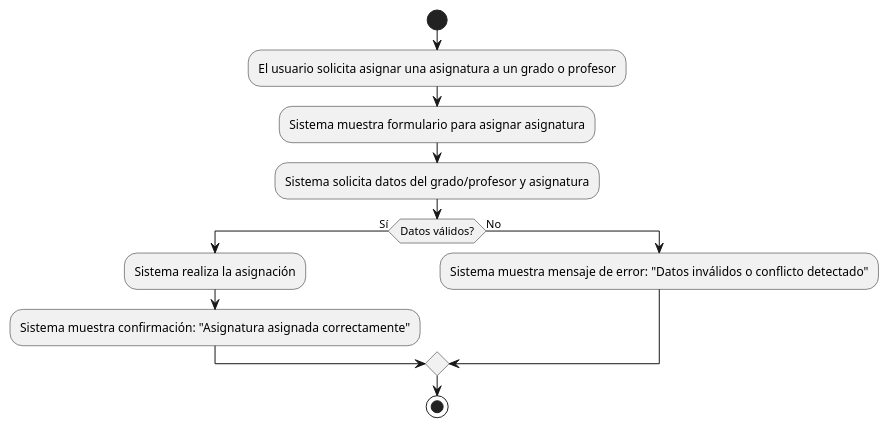
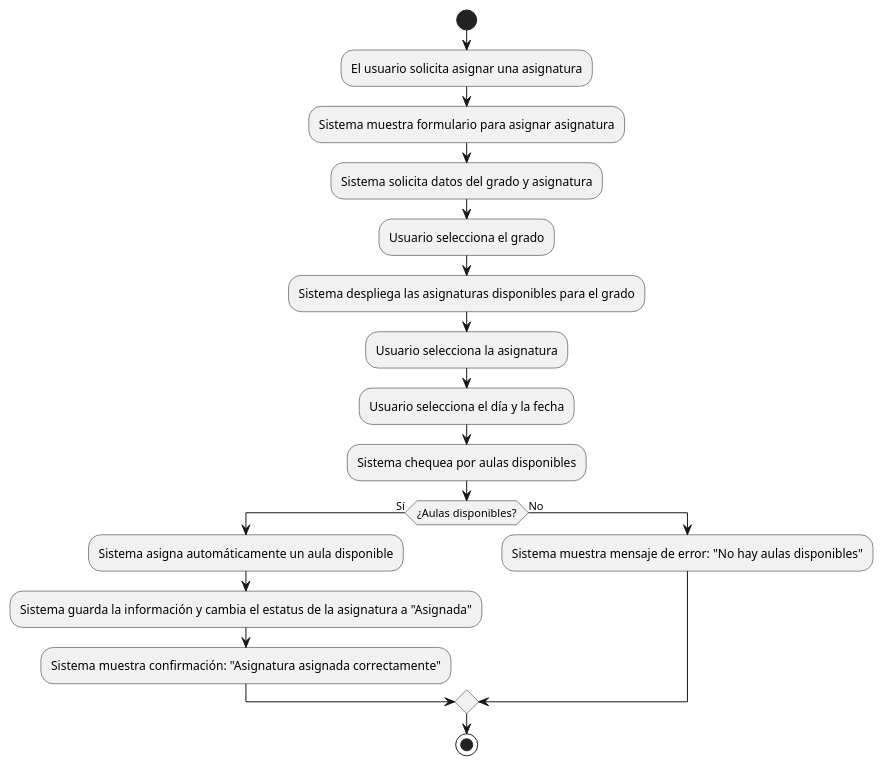
One commit to mmasias/24-25-IdSw1-SDR changed the diagram in casosDeUso/plantUML/AsignarAsignatura.puml. Above: the diagram before and after it, drawn with PlantUML. The commit also changed 15 other files, not shown here.

Commit message:
Mejore los casos de uso y diagramas

```diff
--- a/casosDeUso/plantUML/AsignarAsignatura.puml
+++ b/casosDeUso/plantUML/AsignarAsignatura.puml
@@ -1,13 +1,20 @@
 @startuml
 start
-:El usuario solicita asignar una asignatura a un grado o profesor;
+:El usuario solicita asignar una asignatura;
 :Sistema muestra formulario para asignar asignatura;
-:Sistema solicita datos del grado/profesor y asignatura;
-if (Datos válidos?) then (Sí)
-  :Sistema realiza la asignación;
+:Sistema solicita datos del grado y asignatura;
+:Usuario selecciona el grado;
+:Sistema despliega las asignaturas disponibles para el grado;
+:Usuario selecciona la asignatura;
+:Usuario selecciona el día y la fecha;
+:Sistema chequea por aulas disponibles;
+if (¿Aulas disponibles?) then (Sí)
+  :Sistema asigna automáticamente un aula disponible;
+  :Sistema guarda la información y cambia el estatus de la asignatura a "Asignada";
+  
   :Sistema muestra confirmación: "Asignatura asignada correctamente";
 else (No)
-  :Sistema muestra mensaje de error: "Datos inválidos o conflicto detectado";
+  :Sistema muestra mensaje de error: "No hay aulas disponibles";
 endif
 stop
 @enduml
```
